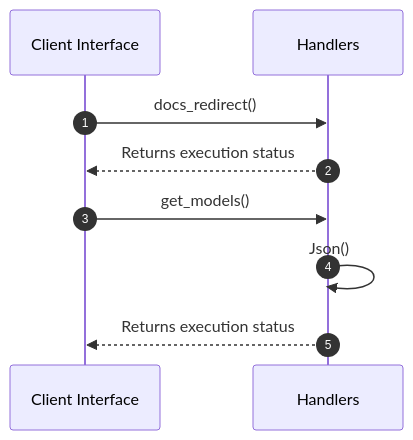
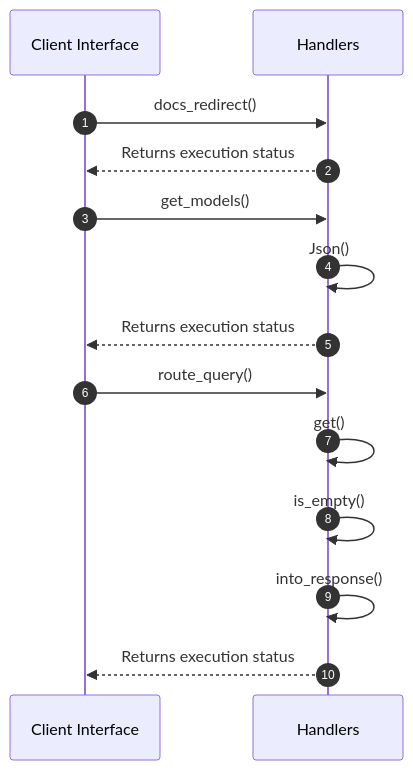
The second of 2 diagrams in openwiki/modules/src/interface/http/handlers.md (lgcorzo/fastapi-autogen-team), drawn with Mermaid before and after one commit. The commit also changed other lines of this file and 33 other files, not shown here.

Commit message:
Fix PlantUML syntax, missing diagrams, and link formatting in doc generator

````diff
--- a/openwiki/modules/src/interface/http/handlers.md
+++ b/openwiki/modules/src/interface/http/handlers.md
@@ -44,11 +50,16 @@
 ```mermaid
 sequenceDiagram
     autonumber
     participant Caller as Client Interface
     participant Svc as Handlers
     Caller->>Svc: docs_redirect()
     Svc-->>Caller: Returns execution status
     Caller->>Svc: get_models()
     Svc->>Svc: Json()
     Svc-->>Caller: Returns execution status
+    Caller->>Svc: route_query()
+    Svc->>Svc: get()
+    Svc->>Svc: is_empty()
+    Svc->>Svc: into_response()
+    Svc-->>Caller: Returns execution status
 ```
````
